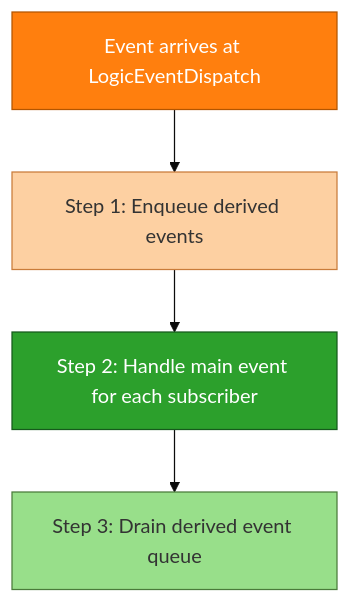
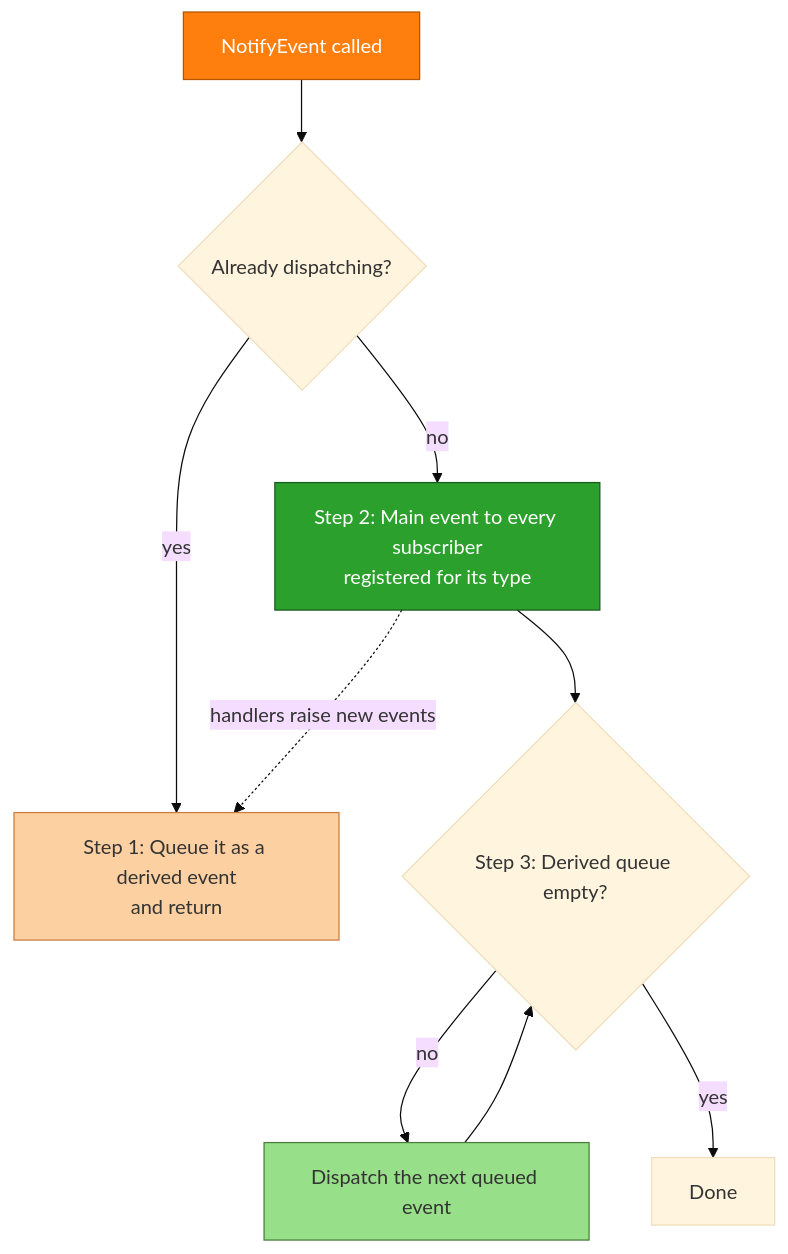
One commit to e-choness/portfolio-site changed the third of 3 diagrams in _posts/2024-06-03-pubsub-game-backend.md. Above: the diagram before and after it, drawn with Mermaid (base theme). The commit also changed other lines of this file and 72 other files, not shown here.

````diff
--- a/_posts/2024-06-03-pubsub-game-backend.md
+++ b/_posts/2024-06-03-pubsub-game-backend.md
@@ -171,11 +204,16 @@
 ```mermaid
 graph TD
-    E[Event arrives at LogicEventDispatch] --> Q[Step 1: Enqueue derived events]
-    Q --> H[Step 2: Handle main event for each subscriber]
-    H --> DQ[Step 3: Drain derived event queue]
+    E[NotifyEvent called] --> C{Already dispatching?}
+    C -- yes --> Q[Step 1: Queue it as a derived event<br/>and return]
+    C -- no --> H[Step 2: Main event to every subscriber<br/>registered for its type]
+    H -. handlers raise new events .-> Q
+    H --> DQ{Step 3: Derived queue empty?}
+    DQ -- no --> N[Dispatch the next queued event]
+    N --> DQ
+    DQ -- yes --> X[Done]
 
     style E fill:#ff7f0e,stroke:#b35500,color:#fff;
     style Q fill:#fdd0a2,stroke:#c97c3a;
     style H fill:#2ca02c,stroke:#165a1c,color:#fff;
-    style DQ fill:#98df8a,stroke:#4a7b3a;
+    style N fill:#98df8a,stroke:#4a7b3a;
 ```
````
